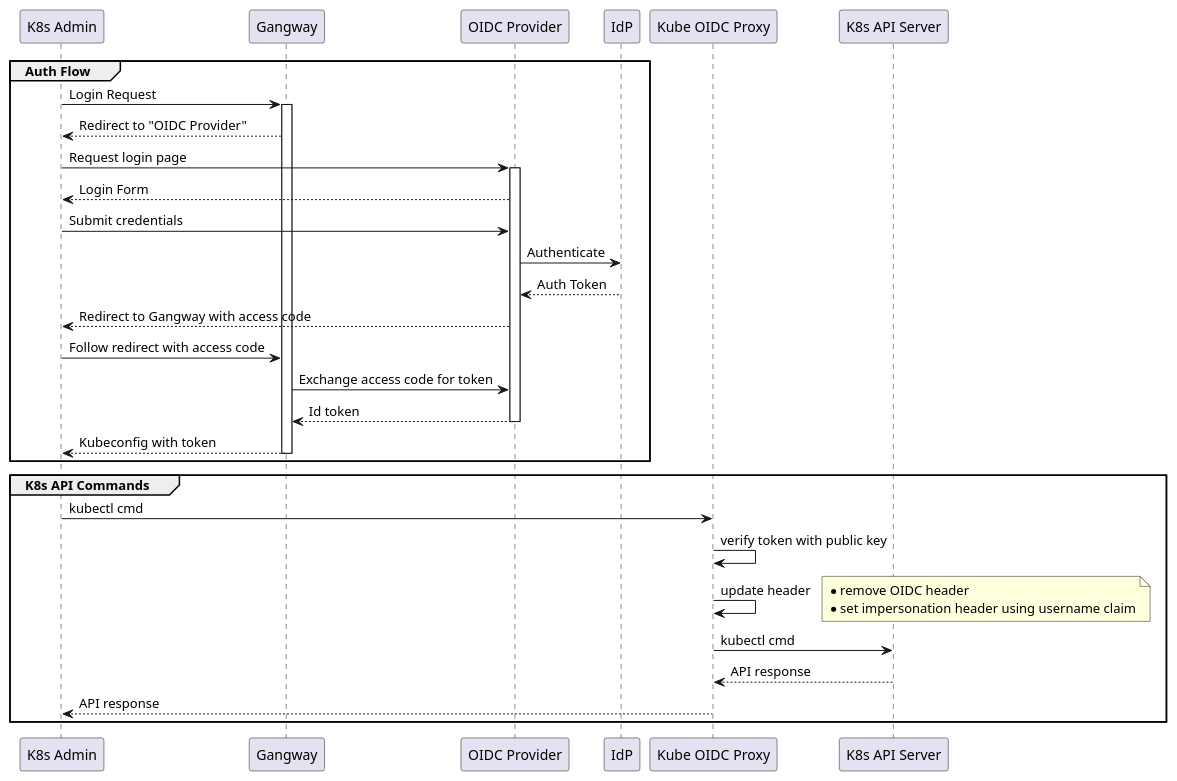
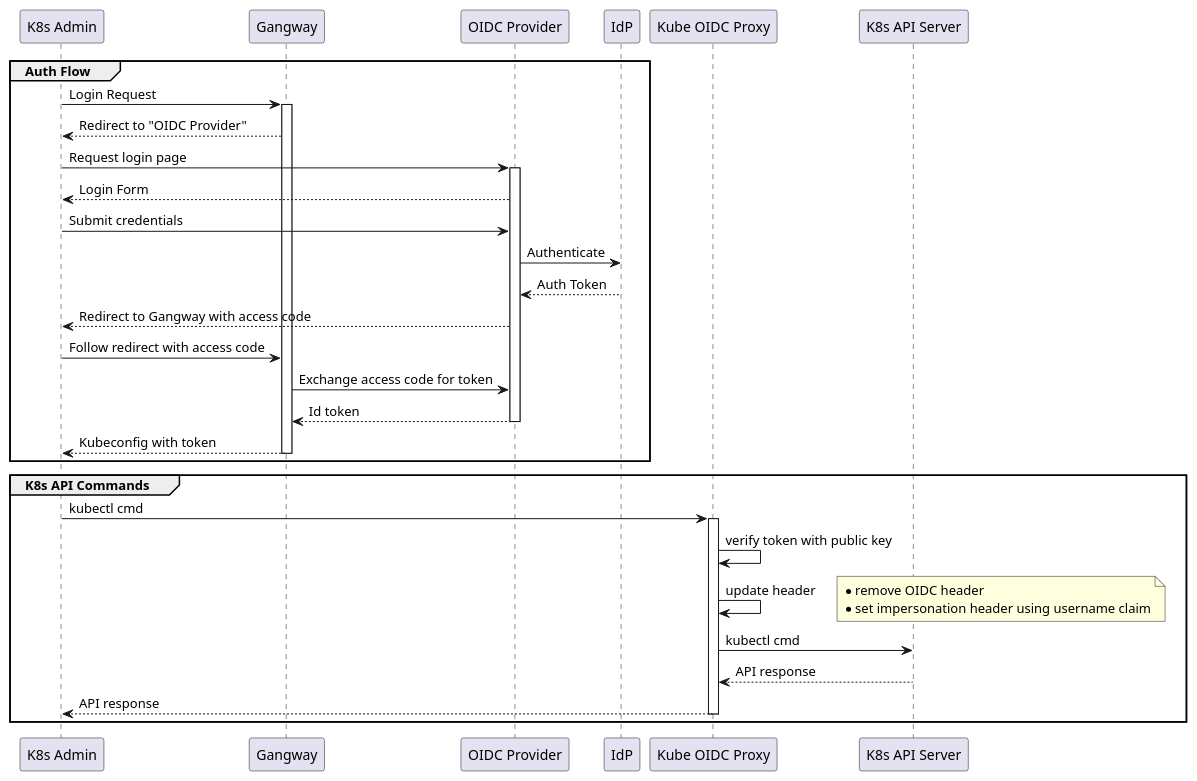
The diagram in docs/diagrams/source/oidc-proxy-auth-flow.puml (retaildevcrews/aks-oidc-proxy), drawn with PlantUML before and after one commit. The commit also changed 1 other file, not shown here.

```diff
--- a/docs/diagrams/source/oidc-proxy-auth-flow.puml
+++ b/docs/diagrams/source/oidc-proxy-auth-flow.puml
@@ -1,32 +1,34 @@
 @startuml AKS-OIDC-Login-and-K8s-Request
 group Auth Flow
     "K8s Admin"->Gangway: Login Request
     activate Gangway 
     Gangway -->"K8s Admin": Redirect to "OIDC Provider"
     "K8s Admin" -> "OIDC Provider":Request login page
     activate "OIDC Provider" 
     "OIDC Provider" --> "K8s Admin": Login Form
     "K8s Admin"-> "OIDC Provider": Submit credentials
     "OIDC Provider" -> IdP: Authenticate
     IdP --> "OIDC Provider": Auth Token
     "OIDC Provider" --> "K8s Admin": Redirect to Gangway with access code
     "K8s Admin" -> Gangway: Follow redirect with access code
     Gangway -> "OIDC Provider": Exchange access code for token
     "OIDC Provider" --> Gangway: Id token
     deactivate "OIDC Provider"
     Gangway --> "K8s Admin": Kubeconfig with token
     deactivate Gangway
 end
 group K8s API Commands
     "K8s Admin"->"Kube OIDC Proxy": kubectl cmd
+    activate "Kube OIDC Proxy"
     "Kube OIDC Proxy" -> "Kube OIDC Proxy": verify token with public key
     "Kube OIDC Proxy" -> "Kube OIDC Proxy": update header
     note right
         * remove OIDC header 
         * set impersonation header using username claim
     end note
     "Kube OIDC Proxy" -> "K8s API Server": kubectl cmd
     "K8s API Server" --> "Kube OIDC Proxy": API response
     "Kube OIDC Proxy" --> "K8s Admin": API response
+    deactivate "Kube OIDC Proxy"
 end
 @enduml 
```
